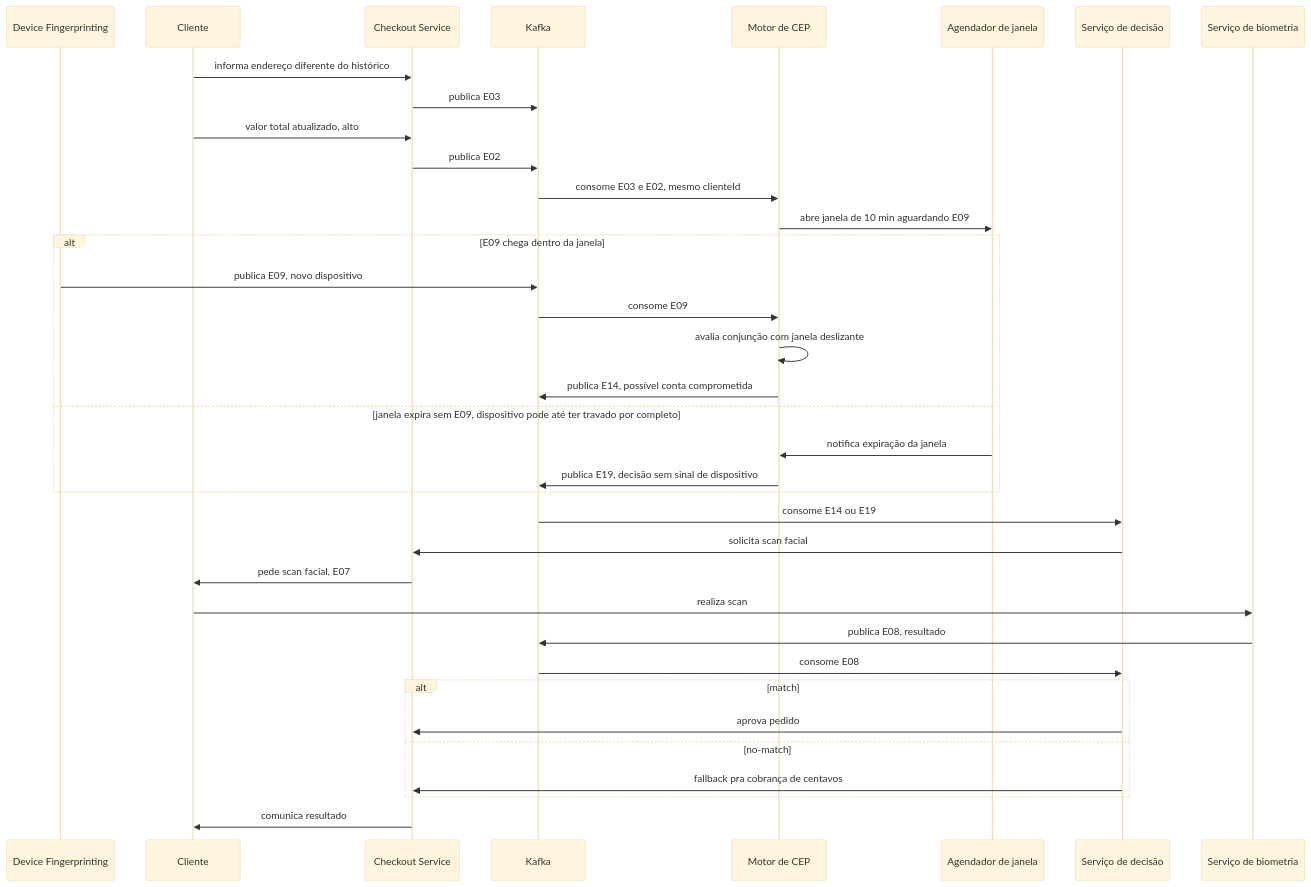
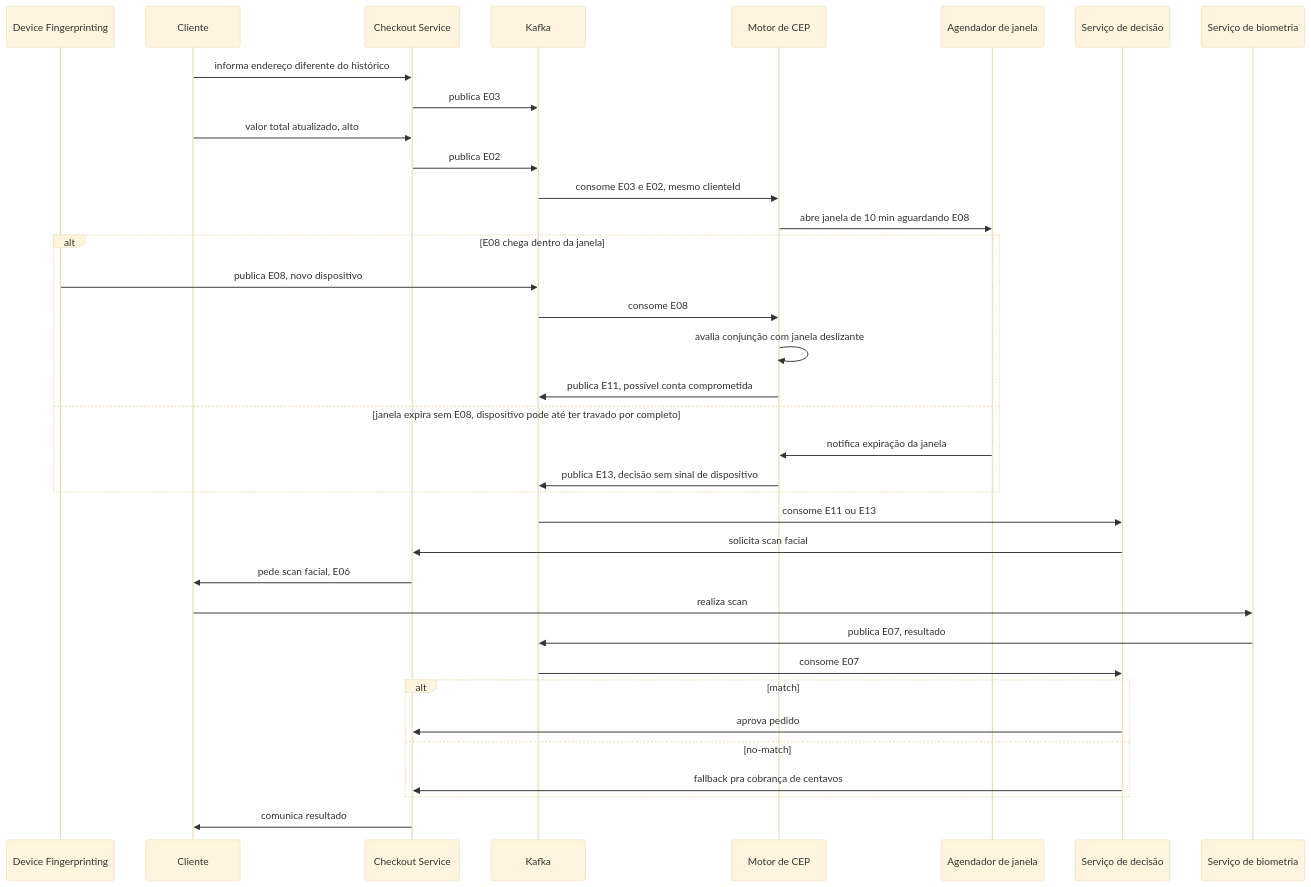
The fifth of 6 diagrams in ponderada-cep-antifraude.md (AndreLobo1/scsdscd), drawn with Mermaid (base theme) before and after one commit. The commit also changed other lines of this file, not shown here.

````diff
--- a/ponderada-cep-antifraude.md
+++ b/ponderada-cep-antifraude.md
@@ -303,39 +301,39 @@
 ```mermaid
 sequenceDiagram
     participant Device as Device Fingerprinting
     participant Cliente
     participant Checkout as Checkout Service
     participant Kafka
     participant CEP as Motor de CEP
     participant Agendador as Agendador de janela
     participant Decisao as Serviço de decisão
     participant Biometria as Serviço de biometria
 
     Cliente->>Checkout: informa endereço diferente do histórico
     Checkout->>Kafka: publica E03
     Cliente->>Checkout: valor total atualizado, alto
     Checkout->>Kafka: publica E02
     Kafka->>CEP: consome E03 e E02, mesmo clienteId
-    CEP->>Agendador: abre janela de 10 min aguardando E09
-    alt E09 chega dentro da janela
-        Device->>Kafka: publica E09, novo dispositivo
-        Kafka->>CEP: consome E09
+    CEP->>Agendador: abre janela de 10 min aguardando E08
+    alt E08 chega dentro da janela
+        Device->>Kafka: publica E08, novo dispositivo
+        Kafka->>CEP: consome E08
         CEP->>CEP: avalia conjunção com janela deslizante
-        CEP->>Kafka: publica E14, possível conta comprometida
-    else janela expira sem E09, dispositivo pode até ter travado por completo
+        CEP->>Kafka: publica E11, possível conta comprometida
+    else janela expira sem E08, dispositivo pode até ter travado por completo
         Agendador->>CEP: notifica expiração da janela
-        CEP->>Kafka: publica E19, decisão sem sinal de dispositivo
+        CEP->>Kafka: publica E13, decisão sem sinal de dispositivo
     end
-    Kafka->>Decisao: consome E14 ou E19
+    Kafka->>Decisao: consome E11 ou E13
     Decisao->>Checkout: solicita scan facial
-    Checkout->>Cliente: pede scan facial, E07
+    Checkout->>Cliente: pede scan facial, E06
     Cliente->>Biometria: realiza scan
-    Biometria->>Kafka: publica E08, resultado
-    Kafka->>Decisao: consome E08
+    Biometria->>Kafka: publica E07, resultado
+    Kafka->>Decisao: consome E07
     alt match
         Decisao->>Checkout: aprova pedido
     else no-match
         Decisao->>Checkout: fallback pra cobrança de centavos
     end
     Checkout->>Cliente: comunica resultado
 ```
````
